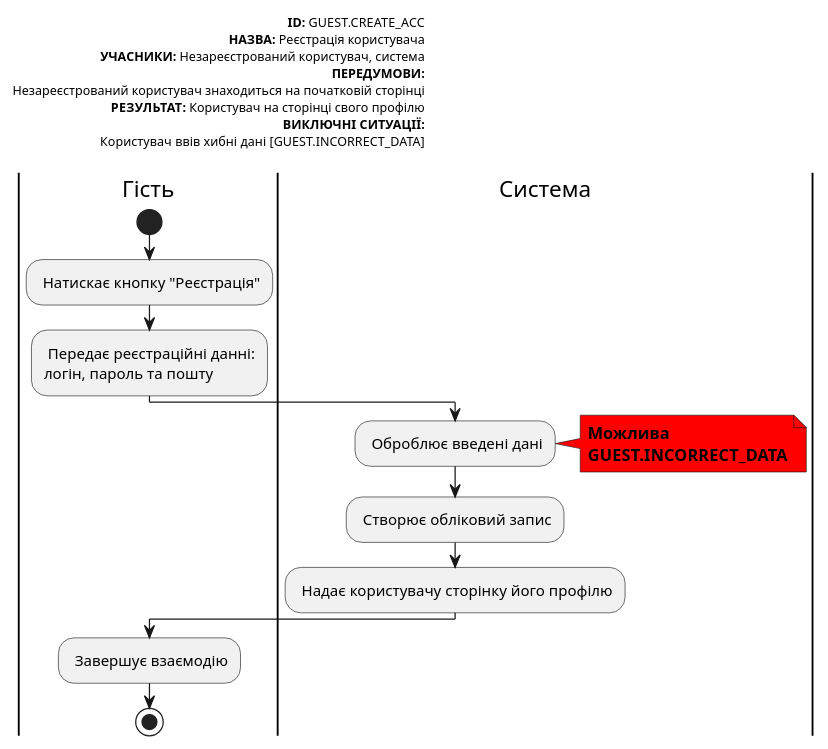
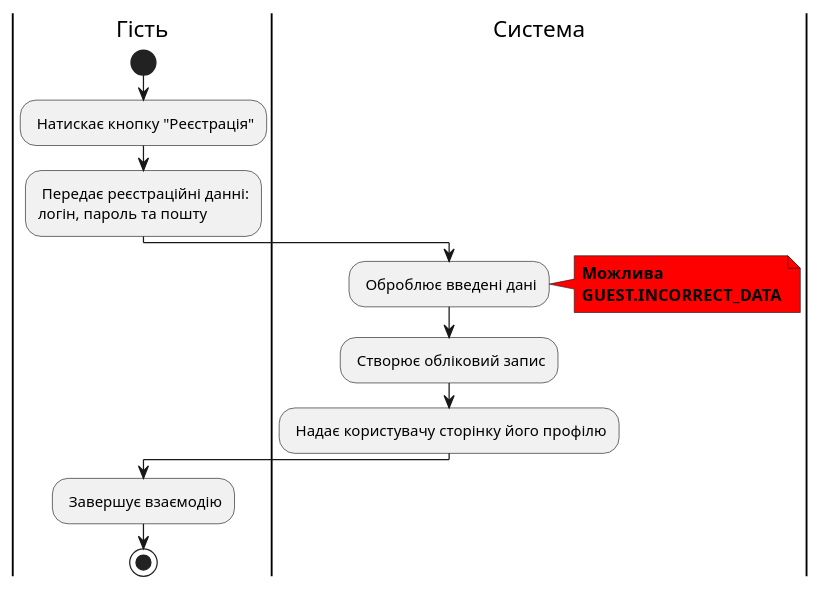
The fifth of 22 diagrams in docs/use cases/README.md (michigang1/ImForms), drawn with PlantUML before and after one commit. The commit also changed other lines of this file, not shown here.

```diff
--- a/docs/use cases/README.md
+++ b/docs/use cases/README.md
@@ -136,35 +149,24 @@
 @startuml
-left header
-<font color=000 size=10><b>ID:</b> GUEST.CREATE_ACC
-<font color=000 size=10><b>НАЗВА:</b> Реєстрація користувача
-<font color=000 size=10><b>УЧАСНИКИ:</b> Незареєстрований користувач, система
-<font color=000 size=10><b>ПЕРЕДУМОВИ:</b>
-<font color=000 size=10>Незареєстрований користувач знаходиться на початковій сторінці
-<font color=000 size=10><b>РЕЗУЛЬТАТ:</b> Користувач на сторінці свого профілю
-<font color=000 size=10><b>ВИКЛЮЧНІ СИТУАЦІЇ:</b>
-<font color=000 size=10>Користувач ввів хибні дані [GUEST.INCORRECT_DATA]
-
-end header
 
 |Гість|
 start
 : Натискає кнопку "Реєстрація";
 : Передає реєстраційні данні:
 логін, пароль та пошту;
 
 |Система|
 : Оброблює введені дані;
 
        note right #ff0000
        <b>Можлива</b>
        <b>GUEST.INCORRECT_DATA</b>
        end note
 
        : Створює обліковий запис;
 
        : Надає користувачу сторінку його профілю;
 
 |Гість|
 : Завершує взаємодію;
 stop;
 @enduml
```
